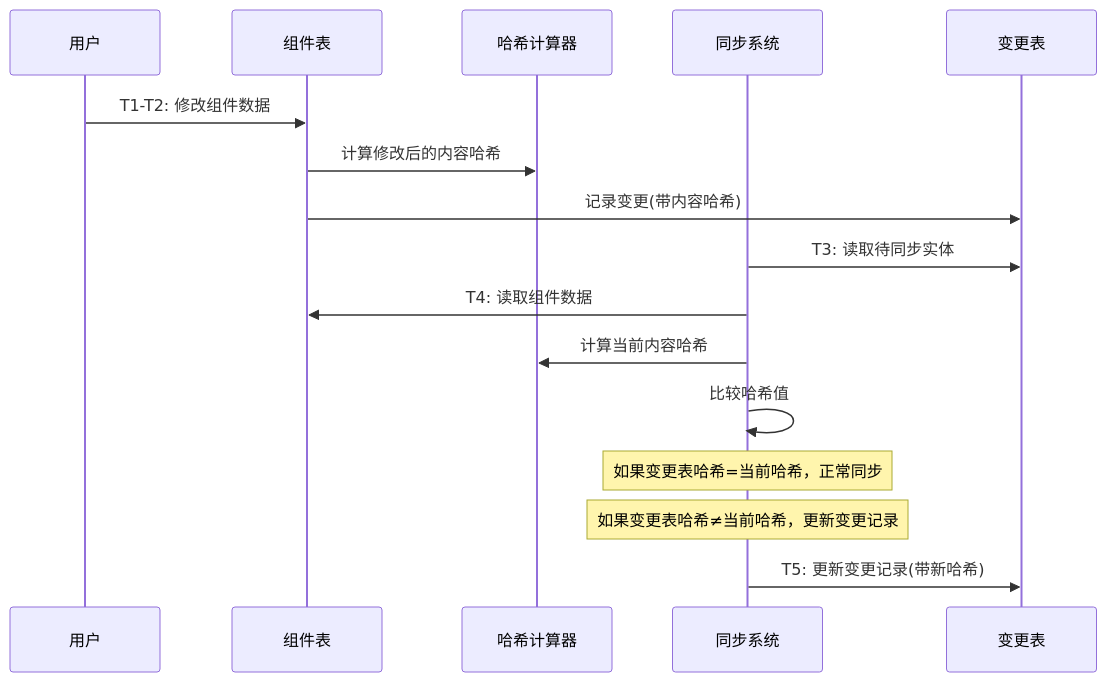
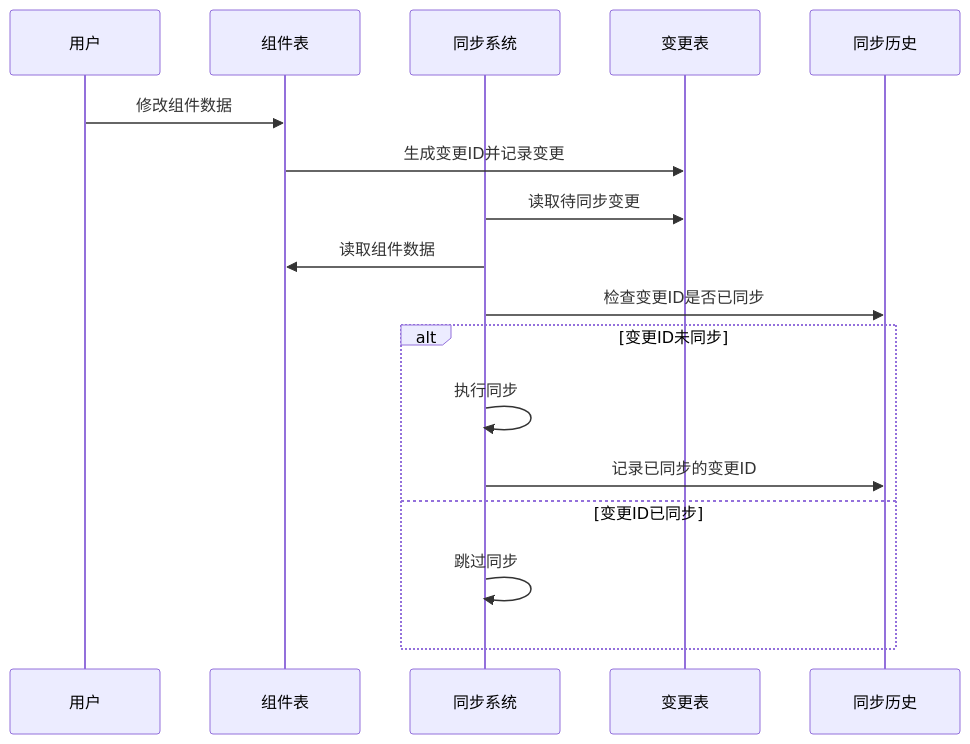
Before and after one commit to yingjianzh/iodraw-files: the diagram in all/未命名-42.md, drawn with Mermaid.

Commit message:
2025-04-24 14:05:40 update

````diff
--- a/all/未命名-42.md
+++ b/all/未命名-42.md
@@ -1,22 +1,22 @@
 ```mermaid
 sequenceDiagram
     participant 用户
     participant 组件表
-    participant 哈希计算器
     participant 同步系统
     participant 变更表
+    participant 同步历史
     
-    用户->>组件表: T1-T2: 修改组件数据
-    组件表->>哈希计算器: 计算修改后的内容哈希
-    组件表->>变更表: 记录变更(带内容哈希)
+    用户->>组件表: 修改组件数据
+    组件表->>变更表: 生成变更ID并记录变更
     
-    同步系统->>变更表: T3: 读取待同步实体
-    同步系统->>组件表: T4: 读取组件数据
-    同步系统->>哈希计算器: 计算当前内容哈希
+    同步系统->>变更表: 读取待同步变更
+    同步系统->>组件表: 读取组件数据
+    同步系统->>同步历史: 检查变更ID是否已同步
     
-    同步系统->>同步系统: 比较哈希值
-    Note over 同步系统: 如果变更表哈希=当前哈希，正常同步
-    Note over 同步系统: 如果变更表哈希≠当前哈希，更新变更记录
-    
-    同步系统->>变更表: T5: 更新变更记录(带新哈希)
+    alt 变更ID未同步
+        同步系统->>同步系统: 执行同步
+        同步系统->>同步历史: 记录已同步的变更ID
+    else 变更ID已同步
+        同步系统->>同步系统: 跳过同步
+    end
 ```
````
